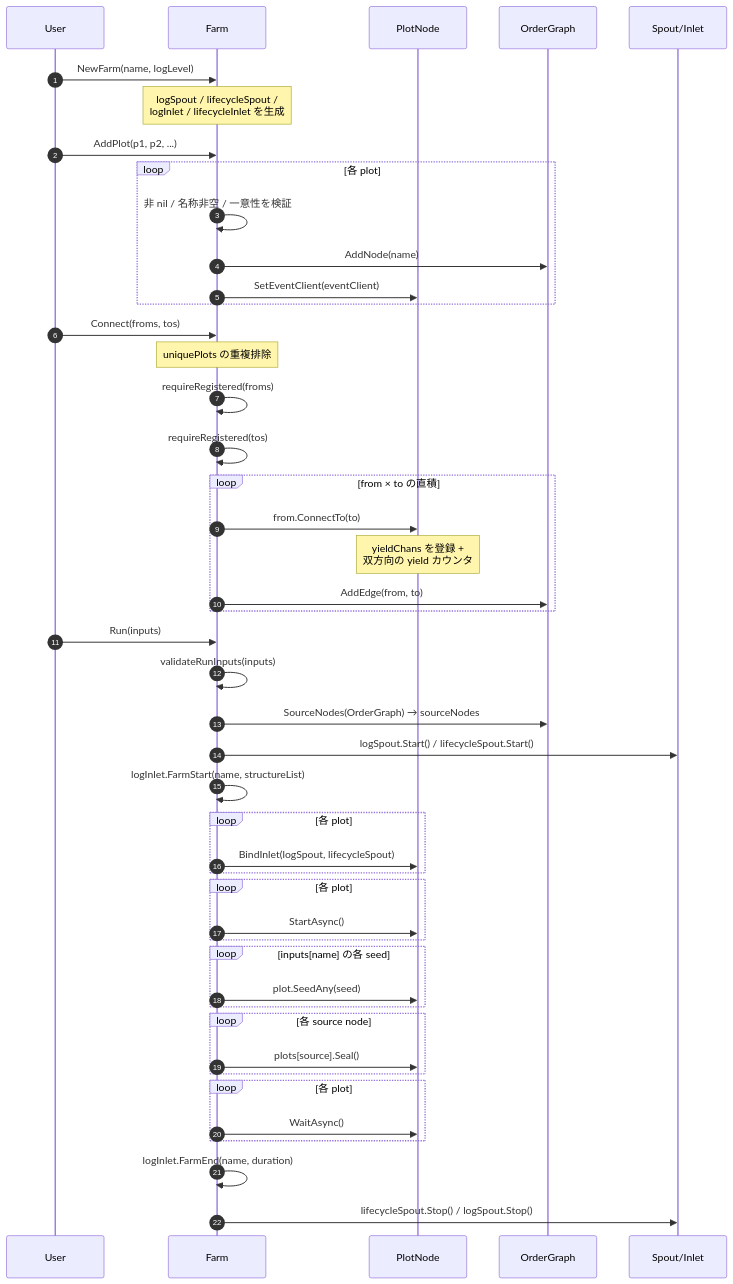
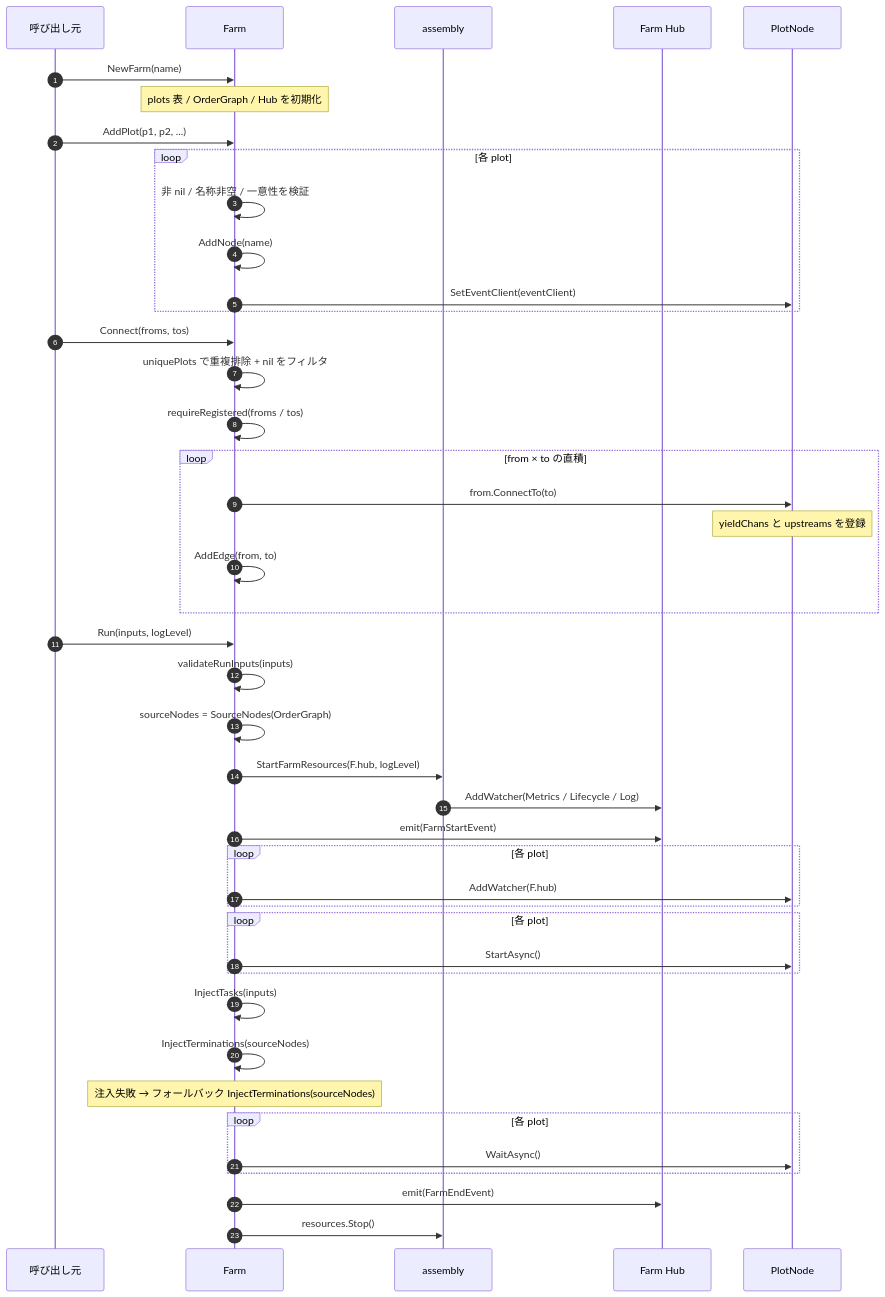
Before and after one commit to Mr-xiaotian/CelestialGrow: the first of 2 diagrams in docs/ja/pkg/farm/farm.md, drawn with Mermaid. The commit also changed other lines of this file and 103 other files, not shown here.

````diff
--- a/docs/ja/pkg/farm/farm.md
+++ b/docs/ja/pkg/farm/farm.md
@@ -85,52 +97,49 @@
 ```mermaid
 sequenceDiagram
     autonumber
-    participant U as User
+    participant U as 呼び出し元
     participant F as Farm
+    participant A as assembly
+    participant H as Farm Hub
     participant P as PlotNode
-    participant G as OrderGraph
-    participant S as Spout/Inlet
 
-    U->>F: NewFarm(name, logLevel)
-    Note over F: logSpout / lifecycleSpout /<br/>logInlet / lifecycleInlet を生成
+    U->>F: NewFarm(name)
+    Note over F: plots 表 / OrderGraph / Hub を初期化
 
     U->>F: AddPlot(p1, p2, ...)
     loop 各 plot
         F->>F: 非 nil / 名称非空 / 一意性を検証
-        F->>G: AddNode(name)
+        F->>F: AddNode(name)
         F->>P: SetEventClient(eventClient)
     end
 
     U->>F: Connect(froms, tos)
-    Note over F: uniquePlots の重複排除
-    F->>F: requireRegistered(froms)
-    F->>F: requireRegistered(tos)
+    F->>F: uniquePlots で重複排除 + nil をフィルタ
+    F->>F: requireRegistered(froms / tos)
     loop from × to の直積
         F->>P: from.ConnectTo(to)
-        Note over P: yieldChans を登録 +<br/>双方向の yield カウンタ
-        F->>G: AddEdge(from, to)
+        Note over P: yieldChans と upstreams を登録
+        F->>F: AddEdge(from, to)
     end
 
-    U->>F: Run(inputs)
+    U->>F: Run(inputs, logLevel)
     F->>F: validateRunInputs(inputs)
-    F->>G: SourceNodes(OrderGraph) → sourceNodes
-    F->>S: logSpout.Start() / lifecycleSpout.Start()
-    F->>F: logInlet.FarmStart(name, structureList)
+    F->>F: sourceNodes = SourceNodes(OrderGraph)
+    F->>A: StartFarmResources(F.hub, logLevel)
+    A->>H: AddWatcher(Metrics / Lifecycle / Log)
+    F->>H: emit(FarmStartEvent)
     loop 各 plot
-        F->>P: BindInlet(logSpout, lifecycleSpout)
+        F->>P: AddWatcher(F.hub)
     end
     loop 各 plot
         F->>P: StartAsync()
     end
-    loop inputs[name] の各 seed
-        F->>P: plot.SeedAny(seed)
-    end
-    loop 各 source node
-        F->>P: plots[source].Seal()
-    end
+    F->>F: InjectTasks(inputs)
+    F->>F: InjectTerminations(sourceNodes)
+    Note over F: 注入失敗 → フォールバック InjectTerminations(sourceNodes)
     loop 各 plot
         F->>P: WaitAsync()
     end
-    F->>F: logInlet.FarmEnd(name, duration)
-    F->>S: lifecycleSpout.Stop() / logSpout.Stop()
+    F->>H: emit(FarmEndEvent)
+    F->>A: resources.Stop()
 ```
````
